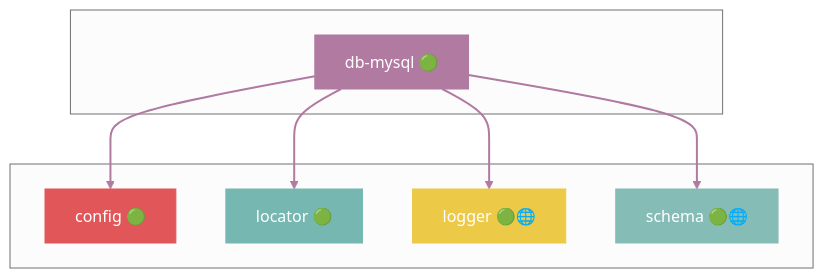
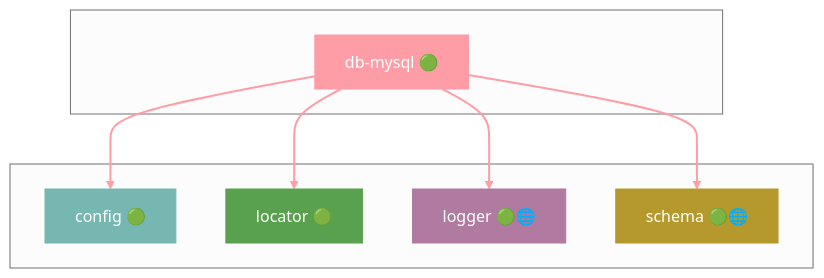
Before and after one commit to grest-ts/grest-ts: the ninth of 42 diagrams in docs/DEPENDENCIES.md, drawn with Mermaid (neutral theme). The commit also changed other lines of this file and 11 other files, not shown here.

````diff
--- a/docs/DEPENDENCIES.md
+++ b/docs/DEPENDENCIES.md
@@ -581,25 +635,25 @@
 ```mermaid
 flowchart TB
     subgraph Package[" "]
         db-mysql["db-mysql 🟢"]
     end
     subgraph Dependencies[" "]
         config["config 🟢"]
         locator["locator 🟢"]
         logger["logger 🟢🌐"]
         schema["schema 🟢🌐"]
     end
     db-mysql --> config
     db-mysql --> locator
     db-mysql --> logger
     db-mysql --> schema
-    style db-mysql fill:#B07AA1,stroke:#B07AA1,color:#fff
-    style config fill:#E15759,stroke:#E15759,color:#fff
-    style locator fill:#76B7B2,stroke:#76B7B2,color:#fff
-    style logger fill:#EDC948,stroke:#EDC948,color:#fff
-    style schema fill:#86BCB6,stroke:#86BCB6,color:#fff
-    linkStyle 0 stroke:#B07AA1,stroke-width:2px
-    linkStyle 1 stroke:#B07AA1,stroke-width:2px
-    linkStyle 2 stroke:#B07AA1,stroke-width:2px
-    linkStyle 3 stroke:#B07AA1,stroke-width:2px
+    style db-mysql fill:#FF9DA7,stroke:#FF9DA7,color:#fff
+    style config fill:#76B7B2,stroke:#76B7B2,color:#fff
+    style locator fill:#59A14F,stroke:#59A14F,color:#fff
+    style logger fill:#B07AA1,stroke:#B07AA1,color:#fff
+    style schema fill:#B6992D,stroke:#B6992D,color:#fff
+    linkStyle 0 stroke:#FF9DA7,stroke-width:2px
+    linkStyle 1 stroke:#FF9DA7,stroke-width:2px
+    linkStyle 2 stroke:#FF9DA7,stroke-width:2px
+    linkStyle 3 stroke:#FF9DA7,stroke-width:2px
 ```
````
